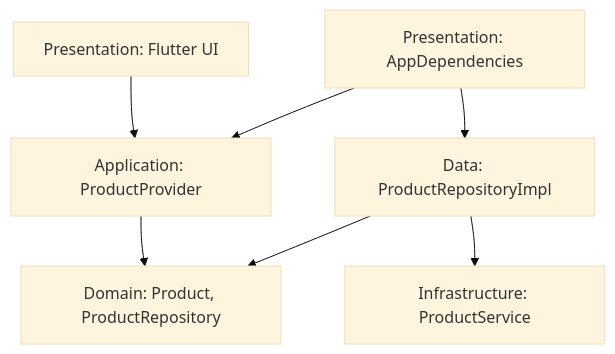
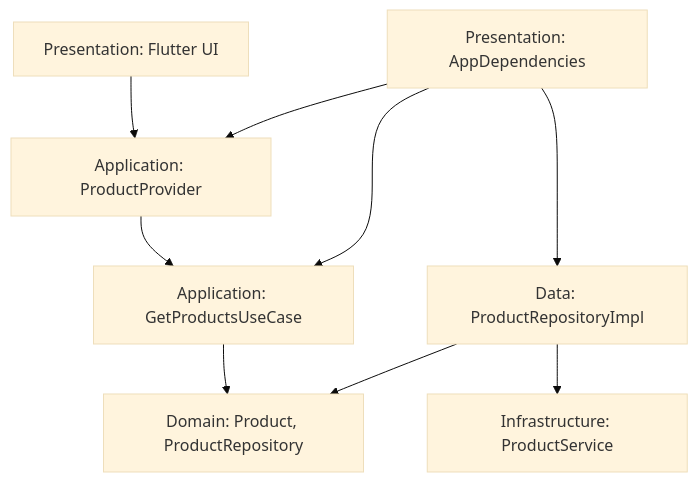
One commit to AlinaBabiy/flutter-internet-shop-lab5 changed the diagram in README.md. Above: the diagram before and after it, drawn with Mermaid (base theme). The commit also changed other lines of this file, not shown here.

Commit message:
docs: update Clean Architecture diagram with GetProductsUseCase

````diff
--- a/README.md
+++ b/README.md
@@ -7,16 +7,20 @@
 ```mermaid
+
 flowchart TD
     UI["Presentation: Flutter UI"]
     DI["Presentation: AppDependencies"]
     APP["Application: ProductProvider"]
+    USECASE["Application: GetProductsUseCase"]
     DOMAIN["Domain: Product, ProductRepository"]
     DATA["Data: ProductRepositoryImpl"]
     INFRA["Infrastructure: ProductService"]
 
     UI --> APP
-    APP --> DOMAIN
+    APP --> USECASE
+    USECASE --> DOMAIN
     DI --> APP
+    DI --> USECASE
     DI --> DATA
     DATA --> DOMAIN
     DATA --> INFRA
 ```
````
